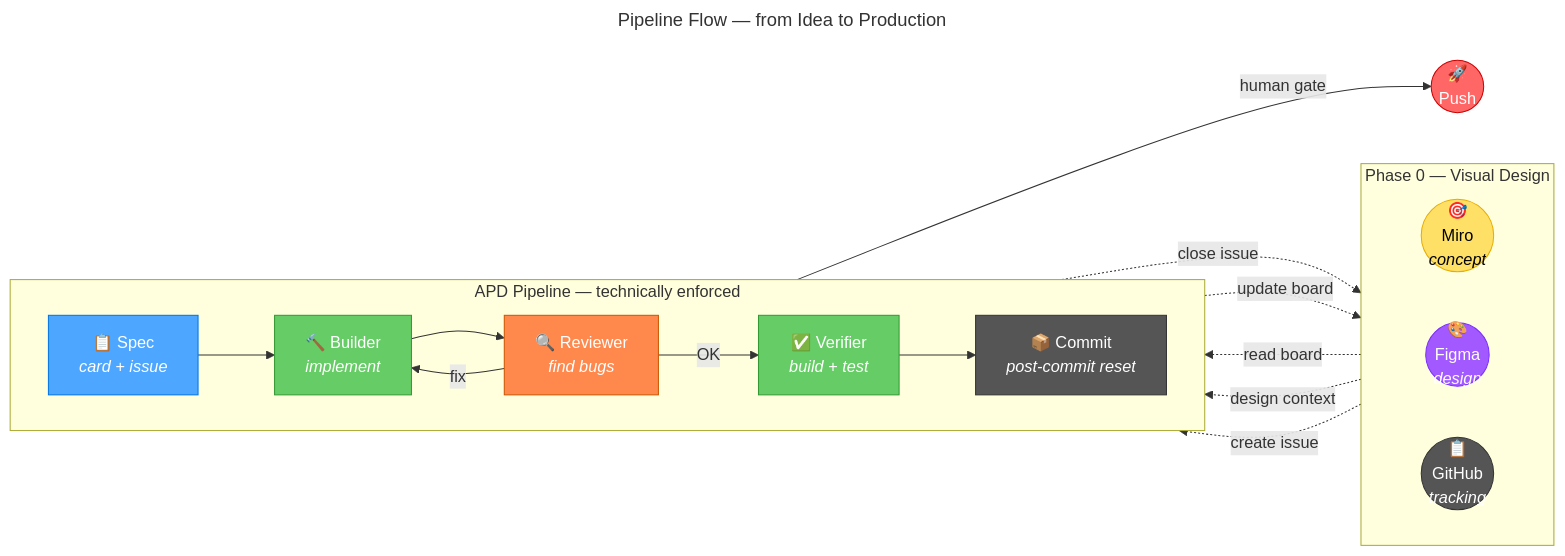
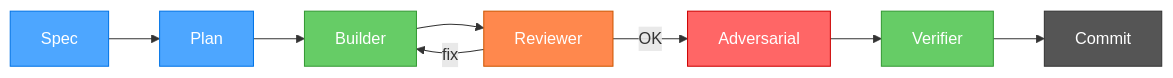
The diagram in README.md (zstevovich/claude-apd), drawn with Mermaid before and after one commit. The commit also changed other lines of this file and 46 other files, not shown here.

````diff
--- a/README.md
+++ b/README.md
@@ -86,44 +44,16 @@
 ```mermaid
----
-title: "Pipeline Flow — from Idea to Production"
----
 graph LR
-    subgraph upstream ["Phase 0 — Visual Design"]
-        direction LR
-        MIRO(("🎯<br/>Miro<br/><i>concept</i>"))
-        FIGMA(("🎨<br/>Figma<br/><i>design</i>"))
-        GHP(("📋<br/>GitHub<br/><i>tracking</i>"))
-    end
+    SPEC["Spec"] --> PLAN["Plan"] --> BUILDER["Builder"] --> REVIEWER["Reviewer"]
+    REVIEWER -->|"fix"| BUILDER
+    REVIEWER -->|"OK"| ADV["Adversarial"]
+    ADV --> VERIFIER["Verifier"]
+    VERIFIER --> COMMIT["Commit"]
 
-    subgraph pipeline ["APD Pipeline — technically enforced"]
-        direction LR
-        SPEC["📋 Spec<br/><i>card + issue</i>"]
-        BUILDER["🔨 Builder<br/><i>implement</i>"]
-        REVIEWER["🔍 Reviewer<br/><i>find bugs</i>"]
-        VERIFIER["✅ Verifier<br/><i>build + test</i>"]
-        COMMIT["📦 Commit<br/><i>post-commit reset</i>"]
-    end
-
-    MIRO -.->|"read board"| SPEC
-    FIGMA -.->|"design context"| BUILDER
-    GHP -.->|"create issue"| SPEC
-
-    SPEC --> BUILDER
-    BUILDER --> REVIEWER
-    REVIEWER -->|"OK"| VERIFIER
-    REVIEWER -->|"fix"| BUILDER
-    VERIFIER --> COMMIT
-    COMMIT -->|"human gate"| PUSH(("🚀<br/>Push"))
-    COMMIT -.->|"close issue"| GHP
-    COMMIT -.->|"update board"| MIRO
-
-    style MIRO fill:#ffe066,stroke:#e6ac00,color:#000
-    style FIGMA fill:#a259ff,stroke:#7b2eff,color:#fff
-    style GHP fill:#555,stroke:#333,color:#fff
     style SPEC fill:#4da6ff,stroke:#0073e6,color:#fff
+    style PLAN fill:#4da6ff,stroke:#0073e6,color:#fff
     style BUILDER fill:#66cc66,stroke:#339933,color:#fff
     style REVIEWER fill:#ff884d,stroke:#cc5500,color:#fff
+    style ADV fill:#ff6666,stroke:#cc0000,color:#fff
     style VERIFIER fill:#66cc66,stroke:#339933,color:#fff
     style COMMIT fill:#555,stroke:#333,color:#fff
-    style PUSH fill:#ff6666,stroke:#cc0000,color:#fff
 ```
````
